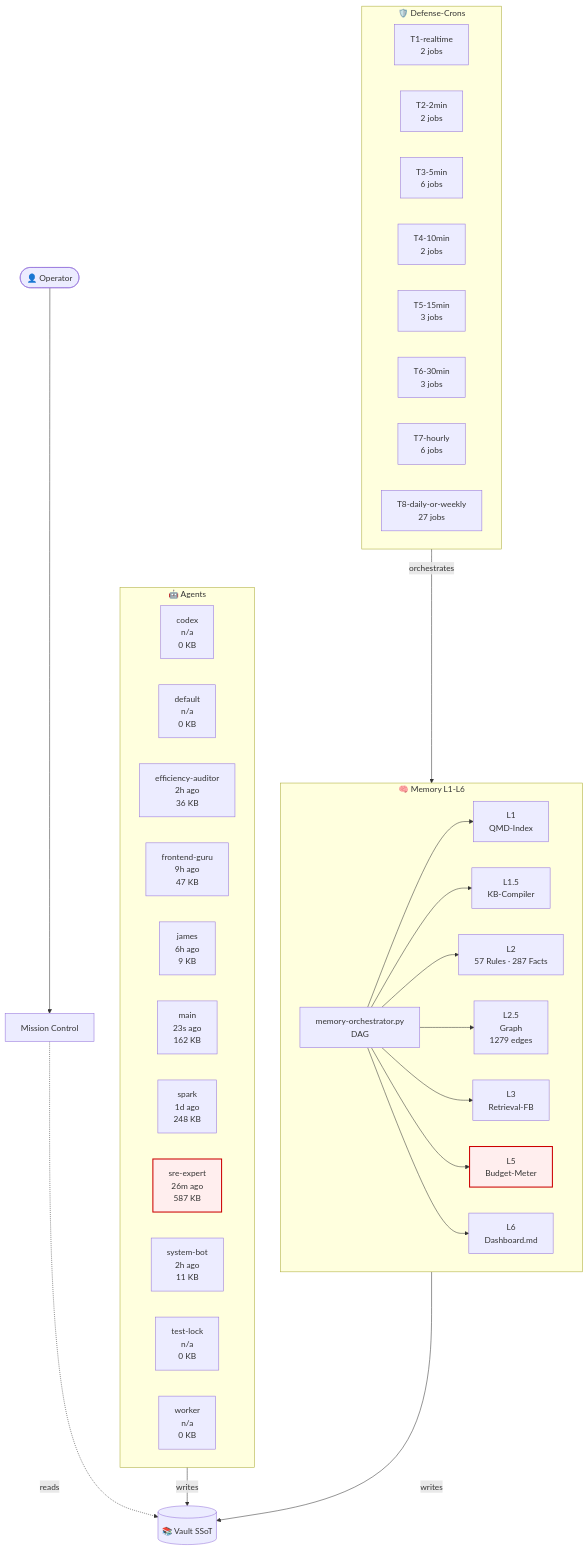
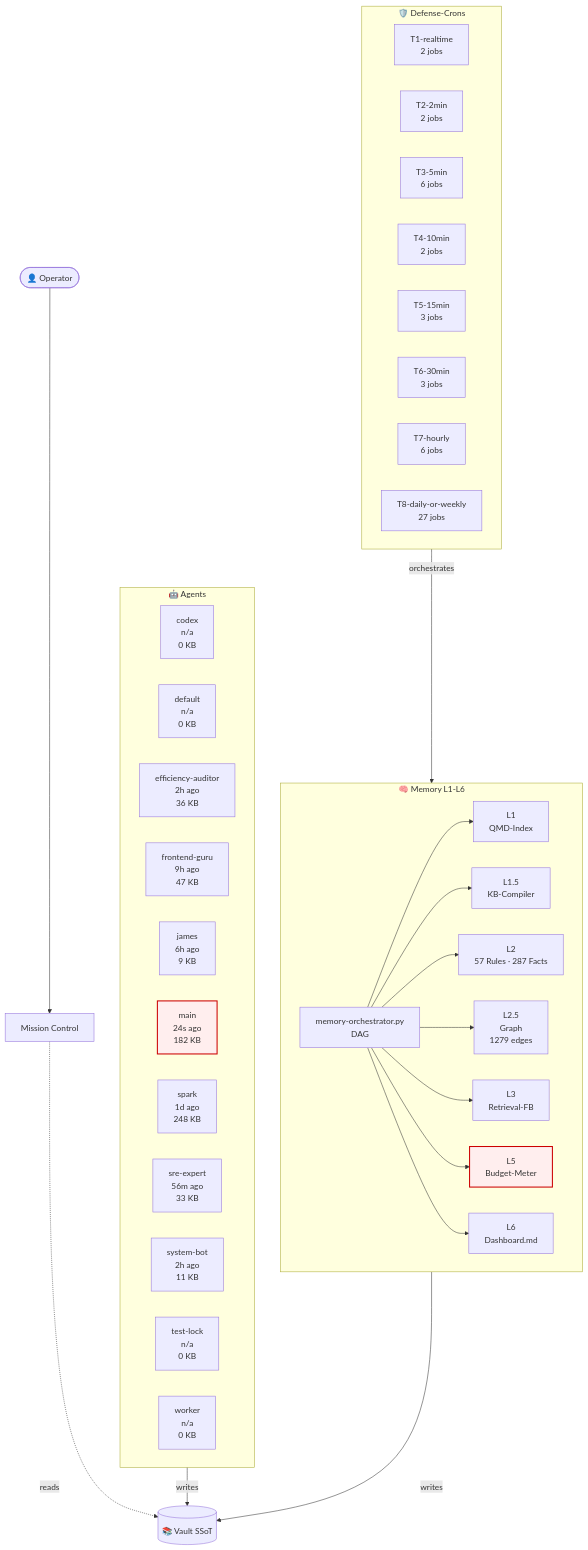
One commit to lenardhuebner88-rgb/openclaw-memory changed the diagram in 03-Agents/architecture-live.md. Above: the diagram before and after it, drawn with Mermaid. The commit also changed other lines of this file and 13 other files, not shown here.

````diff
--- a/03-Agents/architecture-live.md
+++ b/03-Agents/architecture-live.md
@@ -18,54 +18,54 @@
 ```mermaid
 flowchart TB
     classDef critical fill:#fee,stroke:#c00,stroke-width:2px;
     subgraph AGT["🤖 Agents"]
         agent_codex["codex<br/>n/a<br/>0 KB"]
         agent_default["default<br/>n/a<br/>0 KB"]
         agent_efficiency_auditor["efficiency-auditor<br/>2h ago<br/>36 KB"]
         agent_frontend_guru["frontend-guru<br/>9h ago<br/>47 KB"]
         agent_james["james<br/>6h ago<br/>9 KB"]
-        agent_main["main<br/>23s ago<br/>162 KB"]
+        agent_main["main<br/>24s ago<br/>182 KB"]
         agent_spark["spark<br/>1d ago<br/>248 KB"]
-        agent_sre_expert["sre-expert<br/>26m ago<br/>587 KB"]
+        agent_sre_expert["sre-expert<br/>56m ago<br/>33 KB"]
         agent_system_bot["system-bot<br/>2h ago<br/>11 KB"]
         agent_test_lock["test-lock<br/>n/a<br/>0 KB"]
         agent_worker["worker<br/>n/a<br/>0 KB"]
     end
     subgraph MEM["🧠 Memory L1-L6"]
         L1["L1<br/>QMD-Index"]
         L15["L1.5<br/>KB-Compiler"]
         L2["L2<br/>57 Rules · 287 Facts"]
         L25["L2.5<br/>Graph<br/>1279 edges"]
         L3["L3<br/>Retrieval-FB"]
         L5["L5<br/>Budget-Meter"]
         L6["L6<br/>Dashboard.md"]
         ORCH["memory-orchestrator.py<br/>DAG"]
     end
     subgraph CRN["🛡️ Defense-Crons"]
         tier_T1_realtime["T1-realtime<br/>2 jobs"]
         tier_T2_2min["T2-2min<br/>2 jobs"]
         tier_T3_5min["T3-5min<br/>6 jobs"]
         tier_T4_10min["T4-10min<br/>2 jobs"]
         tier_T5_15min["T5-15min<br/>3 jobs"]
         tier_T6_30min["T6-30min<br/>3 jobs"]
         tier_T7_hourly["T7-hourly<br/>6 jobs"]
         tier_T8_daily_or_weekly["T8-daily-or-weekly<br/>27 jobs"]
     end
     VAULT[("📚 Vault SSoT")]
     OP([👤 Operator])
     MC["Mission Control"]
     OP --> MC
     MC -.reads.-> VAULT
     AGT -->|writes| VAULT
     MEM -->|writes| VAULT
     ORCH --> L1
     ORCH --> L15
     ORCH --> L2
     ORCH --> L25
     ORCH --> L3
     ORCH --> L5
     ORCH --> L6
     CRN -->|orchestrates| MEM
     class L5 critical
-    class agent_sre_expert critical
+    class agent_main critical
 ```
````
